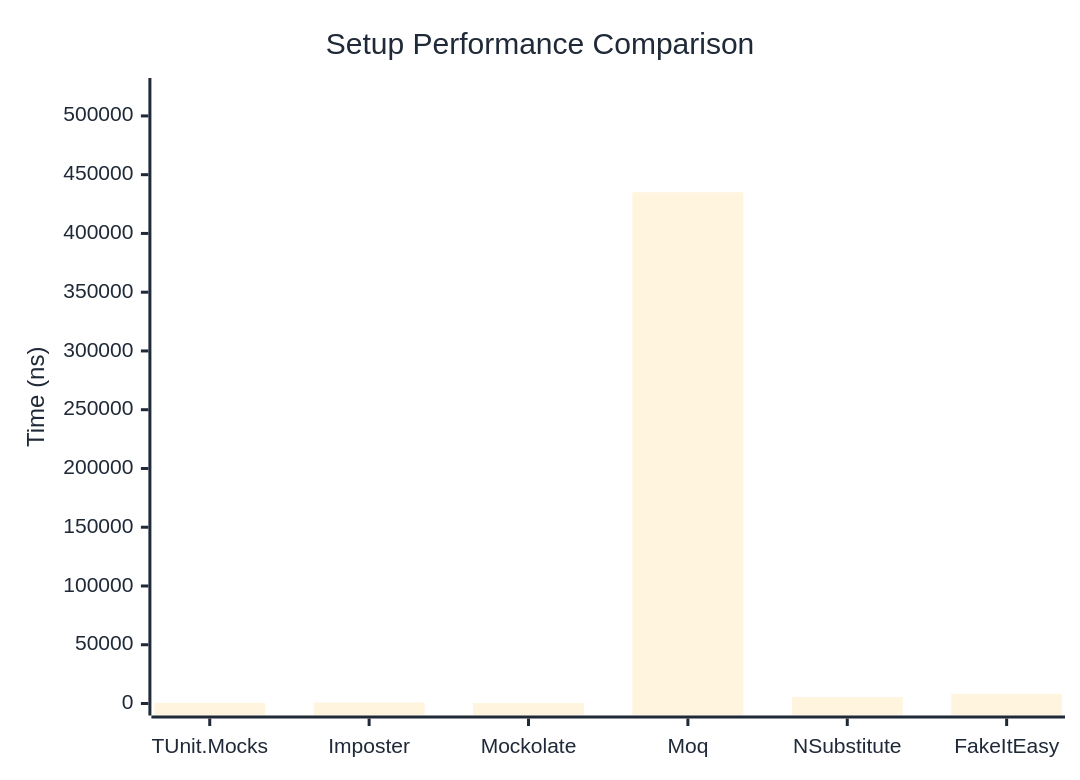
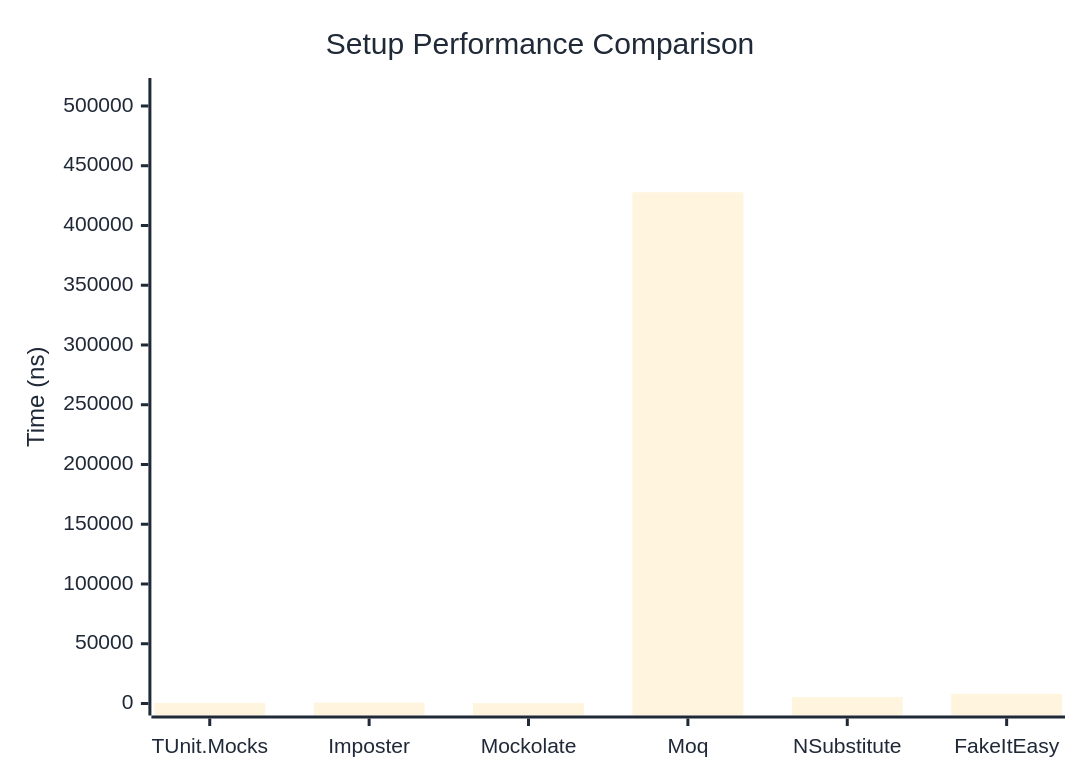
Before and after one commit to thomhurst/TUnit: the first of 2 diagrams in docs/docs/benchmarks/mocks/Setup.md, drawn with Mermaid. The commit also changed other lines of this file and 14 other files, not shown here.

````diff
--- a/docs/docs/benchmarks/mocks/Setup.md
+++ b/docs/docs/benchmarks/mocks/Setup.md
@@ -30,27 +30,27 @@
 ```mermaid
 %%{init: {
   'theme':'base',
   'themeVariables': {
     'primaryColor': '#2563eb',
     'primaryTextColor': '#1f2937',
     'primaryBorderColor': '#1e40af',
     'lineColor': '#6b7280',
     'secondaryColor': '#7c3aed',
     'tertiaryColor': '#dc2626',
     'background': '#ffffff',
     'pie1': '#2563eb',
     'pie2': '#7c3aed',
     'pie3': '#dc2626',
     'pie4': '#f59e0b',
     'pie5': '#10b981',
     'pie6': '#06b6d4',
     'pie7': '#ec4899',
     'pie8': '#6366f1'
   }
 }}%%
 xychart-beta
   title "Setup Performance Comparison"
   x-axis ["TUnit.Mocks", "Imposter", "Mockolate", "Moq", "NSubstitute", "FakeItEasy"]
-  y-axis "Time (ns)" 0 --> 522059
-  bar [575.1, 832.6, 336.8, 435048.9, 5396.9, 8277.1]
+  y-axis "Time (ns)" 0 --> 513375
+  bar [527.5, 800.5, 328.8, 427811.8, 5393.6, 8089.5]
 ```
````
